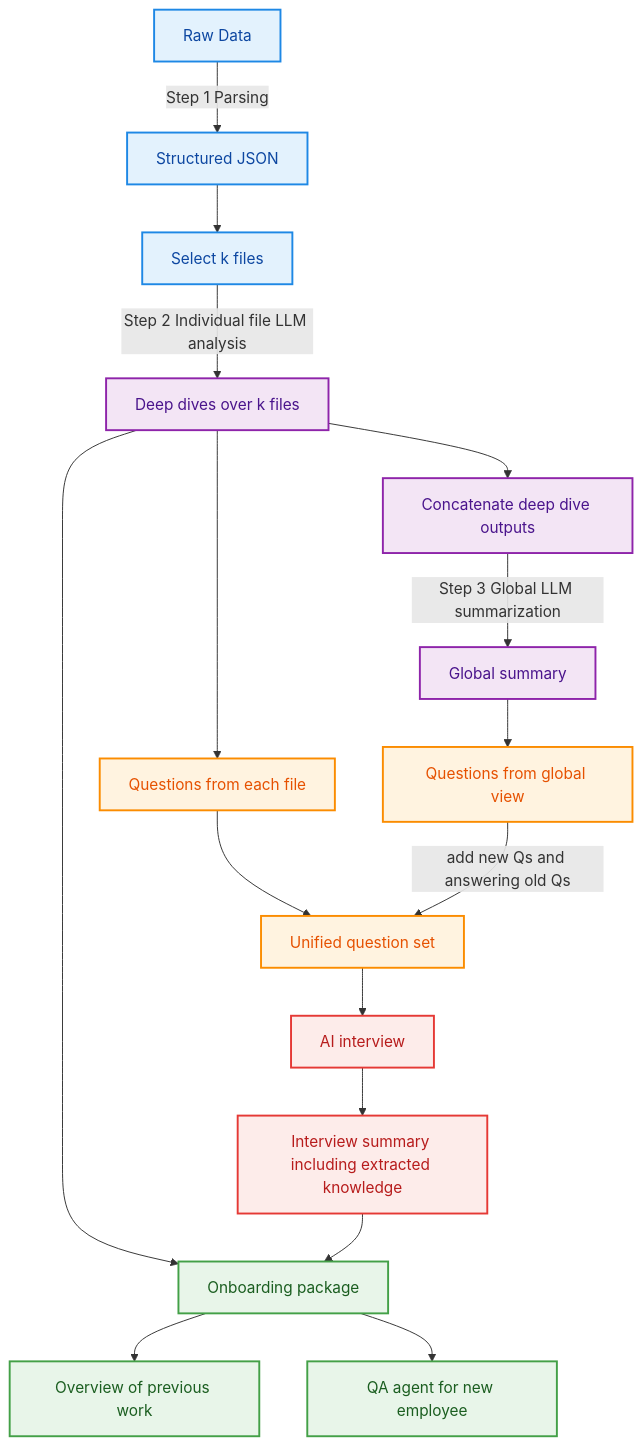
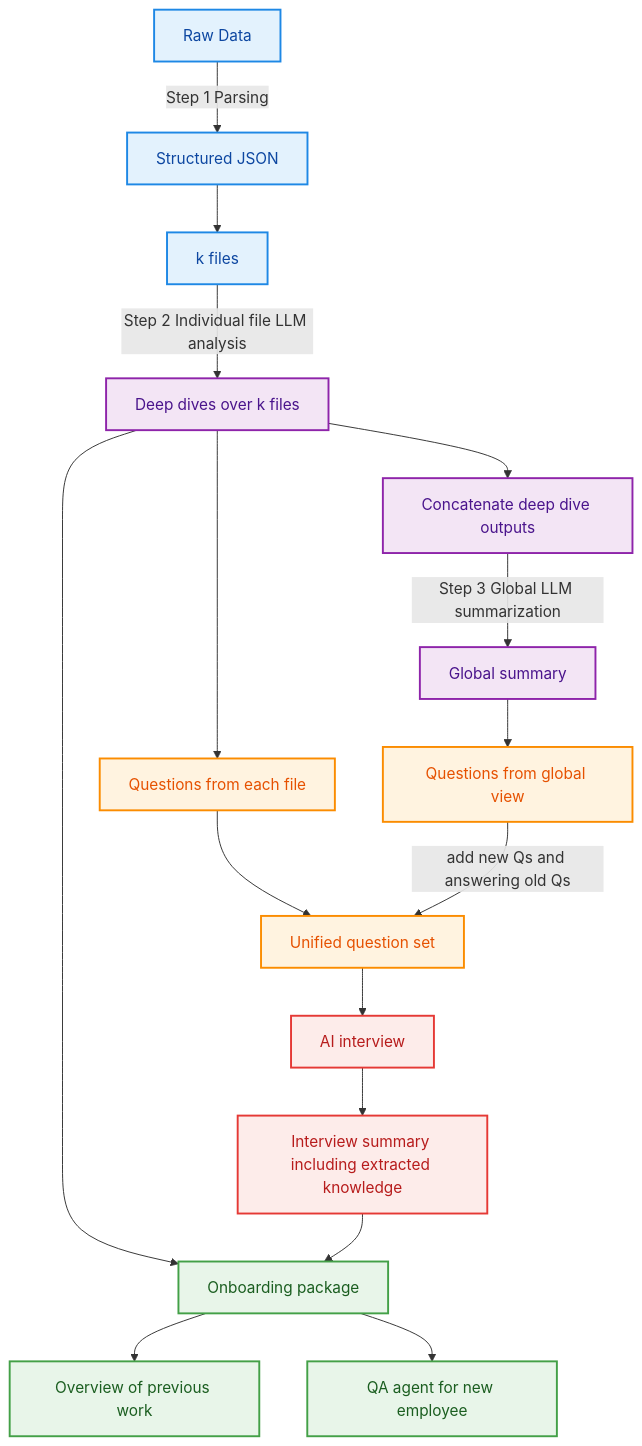
Before and after one commit to ericaezhou/golden_gate: the diagram in implementation_plan.md, drawn with Mermaid. The commit also changed 2 other files, not shown here.

Commit message:
editing the design doc

````diff
--- a/implementation_plan.md
+++ b/implementation_plan.md
@@ -120,55 +120,55 @@
 ```mermaid
 flowchart TD
 
   A[Raw Data] -->|Step 1 Parsing| B[Structured JSON]
 
-  B --> C[Select k files]
+  B --> C[k files]
   C -->|Step 2 Individual file LLM analysis| D[Deep dives over k files]
 
   %% Deep dives branch
   D --> Q1[Questions from each file]
   D --> E[Concatenate deep dive outputs]
   D --> K[Onboarding package]
 
   %% Global reasoning path
   E -->|Step 3 Global LLM summarization| F[Global summary]
   F --> Q2[Questions from global view]
 
   %% Merge question sources
   Q1 --> M[Unified question set]
   Q2 -->|add new Qs and answering old Qs| M
 
   %% Interview
   M --> I[AI interview]
   I --> J[Interview summary including extracted knowledge]
 
   %% Enrich onboarding package
   J --> K
 
   %% Final outputs
   K --> L[Overview of previous work]
   K --> N[QA agent for new employee]
 
 
   %% ===== Styling =====
 
   %% Backend (blue)
   classDef backend fill:#E3F2FD,stroke:#1E88E5,stroke-width:2px,color:#0D47A1;
   class A,B,C backend;
 
   %% Deep dive reasoning (purple)
   classDef reasoning fill:#F3E5F5,stroke:#8E24AA,stroke-width:2px,color:#4A148C;
   class D,E,F reasoning;
 
   %% Question generation (orange)
   classDef questions fill:#FFF3E0,stroke:#FB8C00,stroke-width:2px,color:#E65100;
   class Q1,Q2,M questions;
 
   %% Interview (red)
   classDef interview fill:#FDECEA,stroke:#E53935,stroke-width:2px,color:#B71C1C;
   class I,J interview;
 
   %% Onboarding outputs (green)
   classDef onboarding fill:#E8F5E9,stroke:#43A047,stroke-width:2px,color:#1B5E20;
   class K,L,N onboarding;
 ```
````
